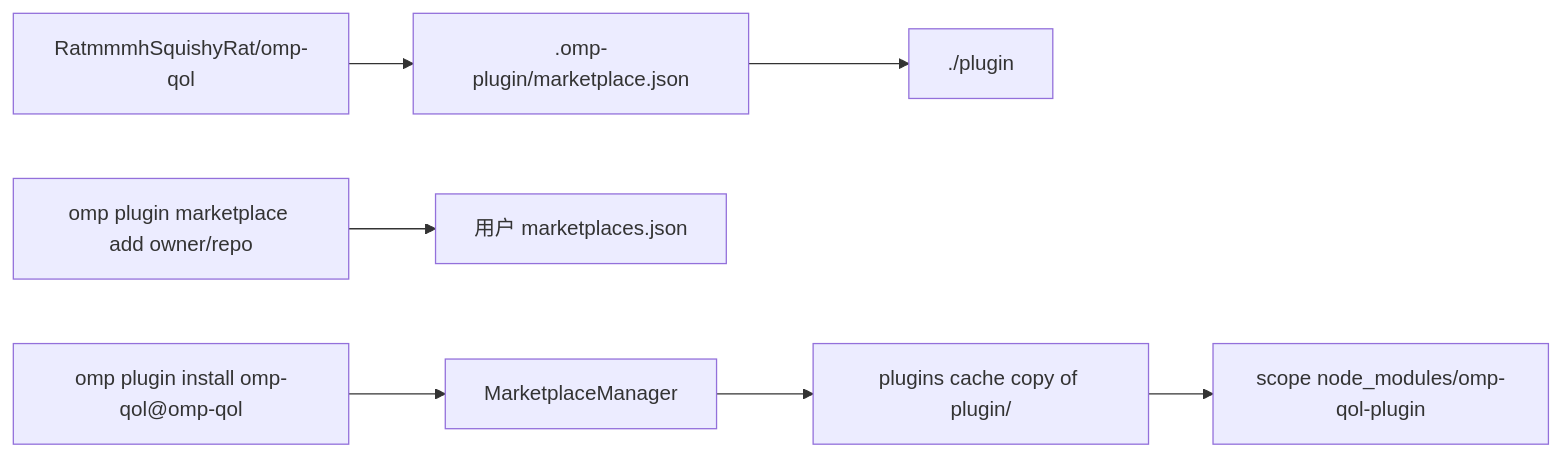
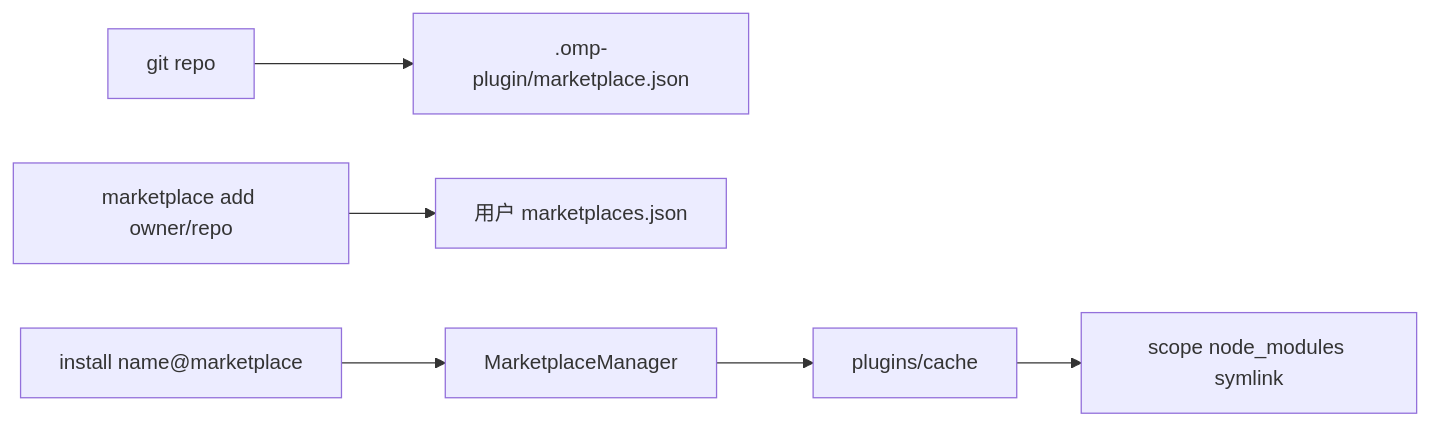
Before and after one commit to RatmmmhSquishyRat/omp-qol: the second of 3 diagrams in docs/plans/routes/plugin-distribution-clarification-report.md, drawn with Mermaid. The commit also changed other lines of this file and 8 other files, not shown here.

````diff
--- a/docs/plans/routes/plugin-distribution-clarification-report.md
+++ b/docs/plans/routes/plugin-distribution-clarification-report.md
@@ -96,9 +95,8 @@
 ```mermaid
 flowchart LR
-    Repo[RatmmmhSquishyRat/omp-qol] --> Catalog[".omp-plugin/marketplace.json"]
-    Catalog --> PluginDir["./plugin"]
-    UserAdd[omp plugin marketplace add owner/repo] --> MktReg[用户 marketplaces.json]
-    UserInst[omp plugin install omp-qol@omp-qol] --> MM[MarketplaceManager]
-    MM --> Cache[plugins cache copy of plugin/]
-    Cache --> Junction[scope node_modules/omp-qol-plugin]
+    Repo[git repo] --> Catalog[".omp-plugin/marketplace.json"]
+    UserAdd[marketplace add owner/repo] --> MktReg[用户 marketplaces.json]
+    UserInst[install name@marketplace] --> MM[MarketplaceManager]
+    MM --> Cache[plugins/cache]
+    Cache --> Link[scope node_modules symlink]
 ```
````
